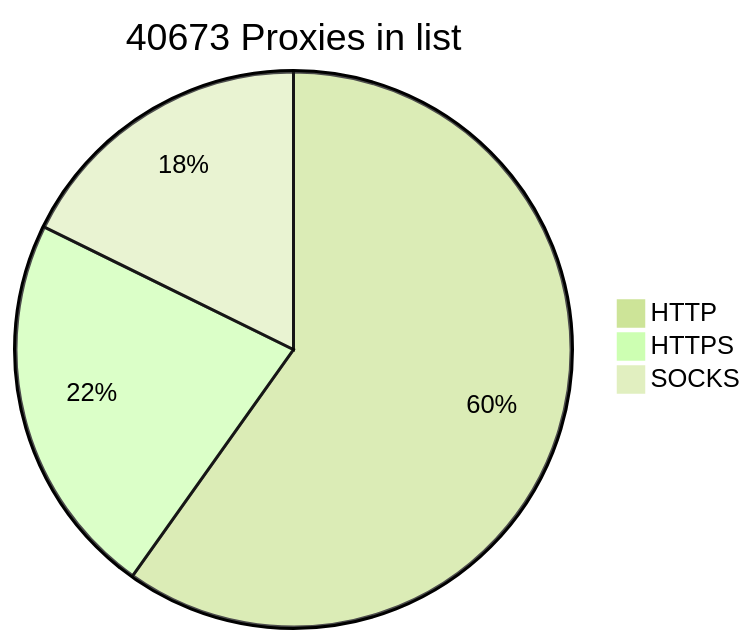
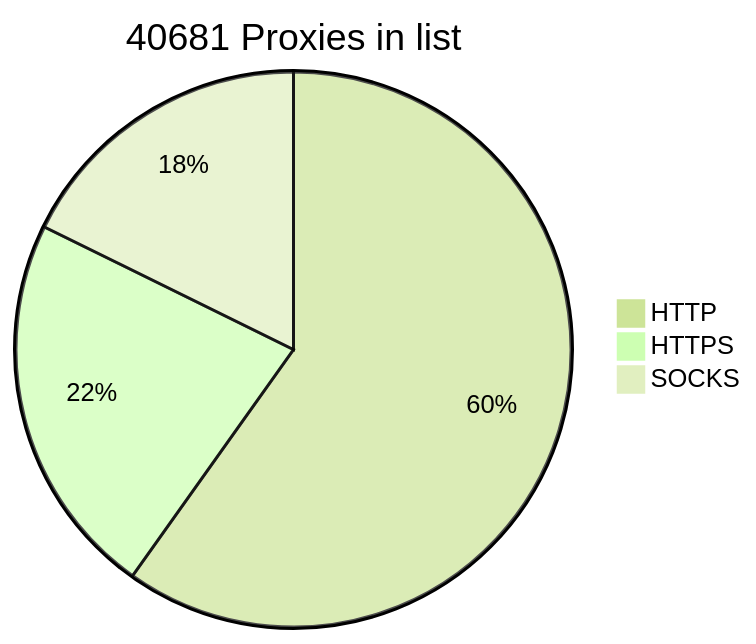
The diagram in README.md (BlackSnowDot/proxylist-update-every-minute), drawn with Mermaid (forest theme) before and after one commit.

````diff
--- a/README.md
+++ b/README.md
@@ -2,6 +2,6 @@
 ```mermaid
-pie title 40673 Proxies in list
-    "HTTP" : 28623
-    "HTTPS": 10733
-    "SOCKS" : 8482
+pie title 40681 Proxies in list
+    "HTTP" : 28634
+    "HTTPS": 10736
+    "SOCKS" : 8481
 ```
````
